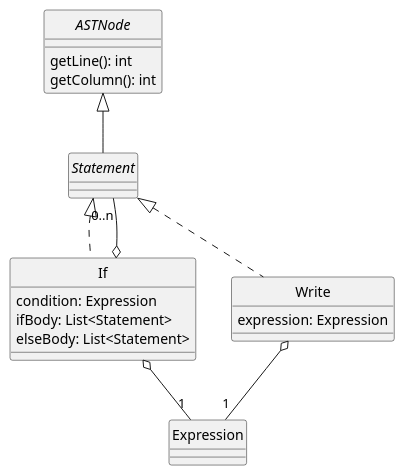
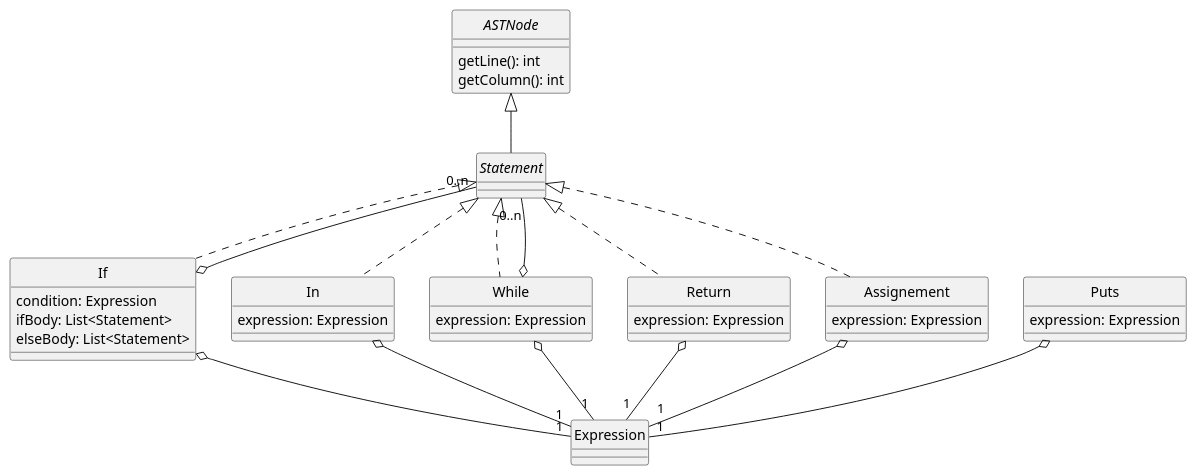
One commit to uo271288/dlp-compiler changed the diagram in docs/diagrams/statements.plantuml. Above: the diagram before and after it, drawn with PlantUML. The commit also changed 7 other files, not shown here.

Commit message:
Program and Statement Diagram modified I have found what I think is an error in Program Diagram and fixed it. Also finished Statement Diagram

```diff
--- a/docs/diagrams/statements.plantuml
+++ b/docs/diagrams/statements.plantuml
@@ -1,32 +1,56 @@
 @startuml Statements
 skinparam style strictuml
 skinparam monochrome true
 
 
 interface ASTNode {
     getLine(): int
     getColumn(): int
 }
 
 interface Statement
 
 class If {
     condition: Expression
     ifBody: List<Statement>
     elseBody: List<Statement>
 }
 
-class Write {
+class Puts {
+    expression: Expression
+}
+
+class In {
+    expression: Expression
+}
+
+class While {
+    expression: Expression
+}
+
+class Return {
+    expression: Expression
+}
+
+class Assignement {
     expression: Expression
 }
 
 ASTNode <|-- Statement
 Statement <|.. If
-Statement <|.. Write
+Statement <|.. In
+Statement <|.. While
+Statement <|.. Return
+Statement <|.. Assignement
 
 If o-- "1" Expression
-Write o-- "1" Expression
+Puts o-- "1" Expression
+While o-- "1" Expression
+In o-- "1" Expression
+Return o-- "1" Expression
+Assignement o-- "1" Expression
 If o-- "0..n" Statement
+While o-- "0..n" Statement
 
 
 @enduml
```
